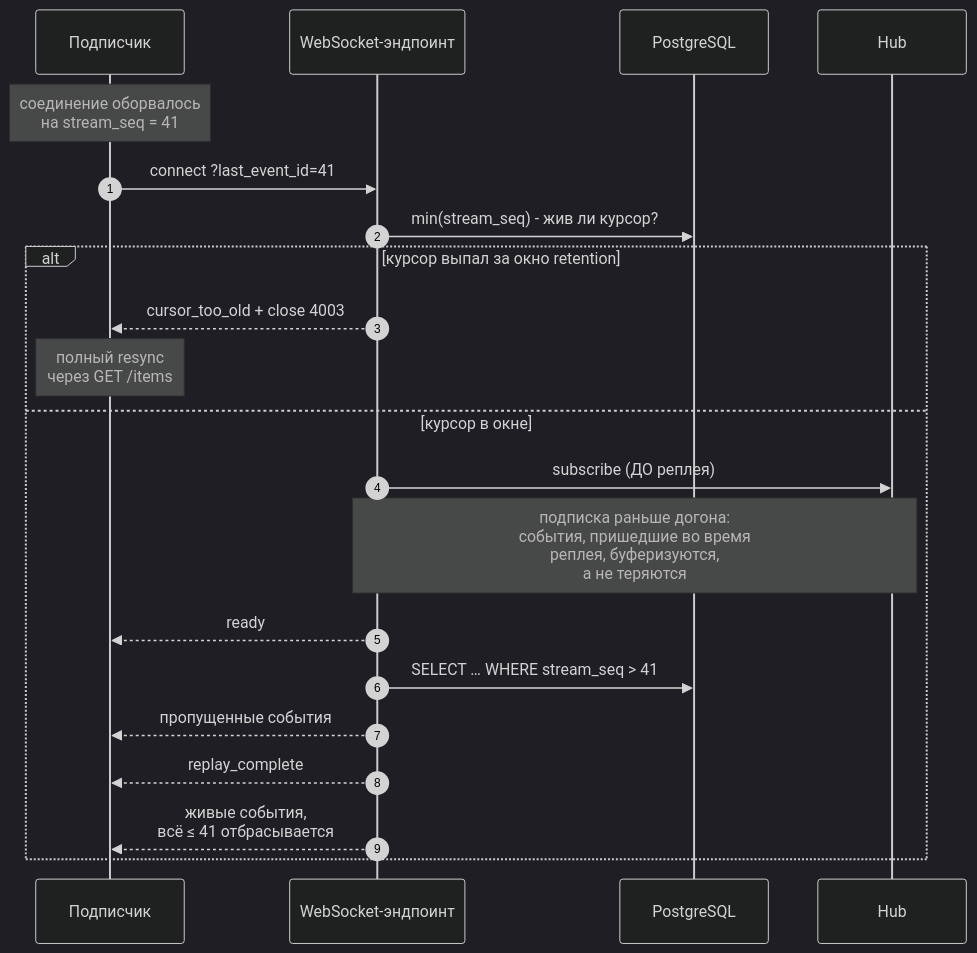
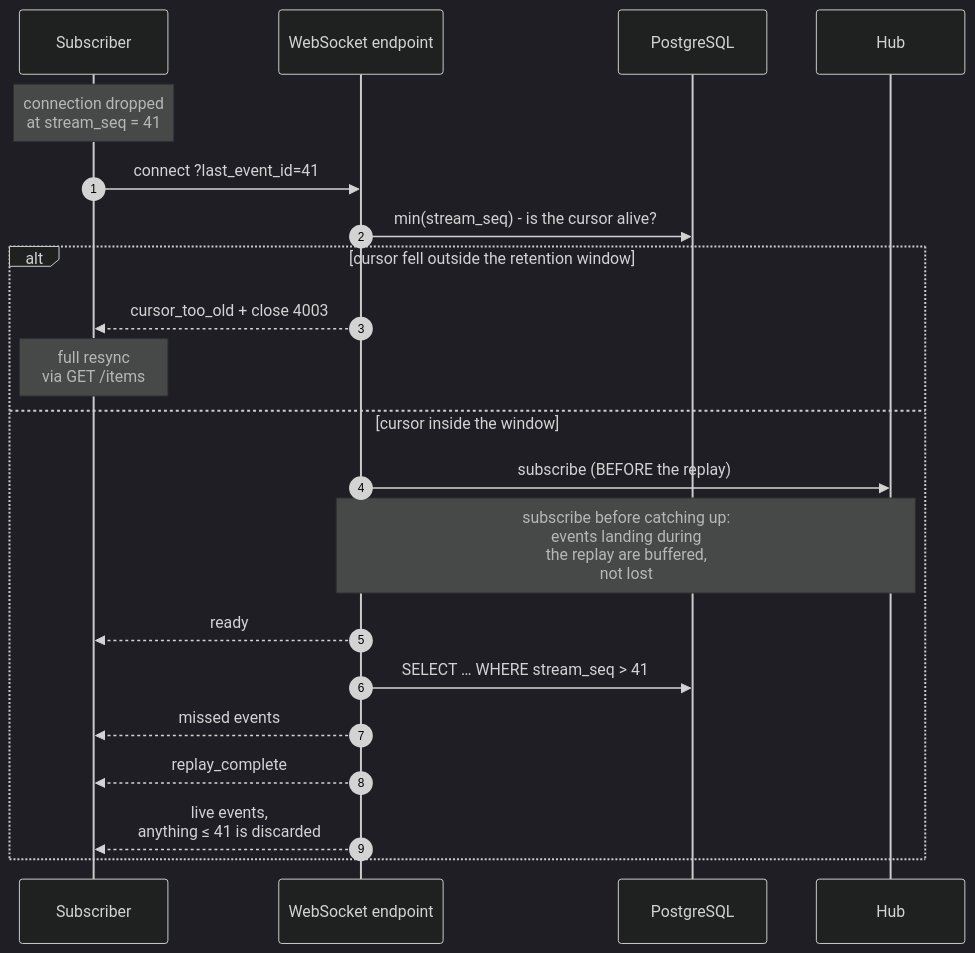
One commit to GogoLlll/Fastapi-cdc-service changed the third of 6 diagrams in docs/ARCHITECTURE.md. Above: the diagram before and after it, drawn with Mermaid (dark theme). The commit also changed other lines of this file and 1 other file, not shown here.

Commit message:
update readme and architecture

````diff
--- a/docs/ARCHITECTURE.md
+++ b/docs/ARCHITECTURE.md
@@ -99,26 +97,26 @@
 ```mermaid
 sequenceDiagram
     autonumber
-    participant S as Подписчик
-    participant W as WebSocket-эндпоинт
+    participant S as Subscriber
+    participant W as WebSocket endpoint
     participant DB as PostgreSQL
     participant H as Hub
 
-    Note over S: соединение оборвалось<br/>на stream_seq = 41
+    Note over S: connection dropped<br/>at stream_seq = 41
 
     S->>W: connect ?last_event_id=41
-    W->>DB: min(stream_seq) - жив ли курсор?
+    W->>DB: min(stream_seq) - is the cursor alive?
 
-    alt курсор выпал за окно retention
+    alt cursor fell outside the retention window
         W-->>S: cursor_too_old + close 4003
-        Note over S: полный resync<br/>через GET /items
-    else курсор в окне
-        W->>H: subscribe (ДО реплея)
-        Note over W,H: подписка раньше догона:<br/>события, пришедшие во время<br/>реплея, буферизуются,<br/>а не теряются
+        Note over S: full resync<br/>via GET /items
+    else cursor inside the window
+        W->>H: subscribe (BEFORE the replay)
+        Note over W,H: subscribe before catching up:<br/>events landing during<br/>the replay are buffered,<br/>not lost
         W-->>S: ready
         W->>DB: SELECT … WHERE stream_seq > 41
-        W-->>S: пропущенные события
+        W-->>S: missed events
         W-->>S: replay_complete
-        W-->>S: живые события,<br/>всё ≤ 41 отбрасывается
+        W-->>S: live events,<br/>anything ≤ 41 is discarded
     end
 ```
````
